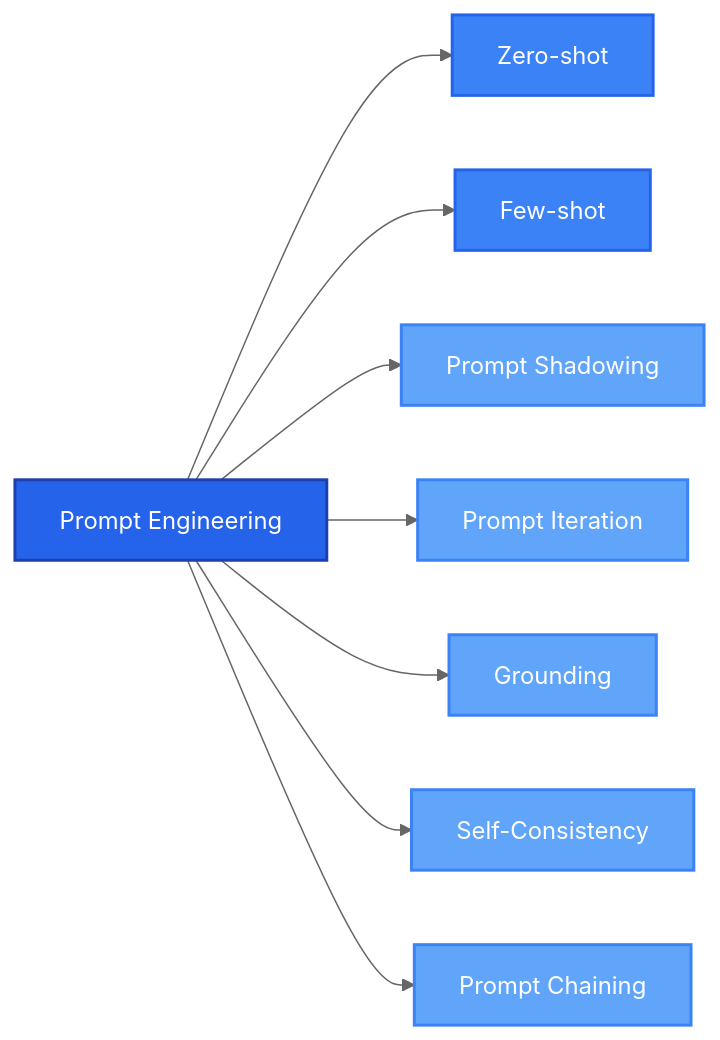
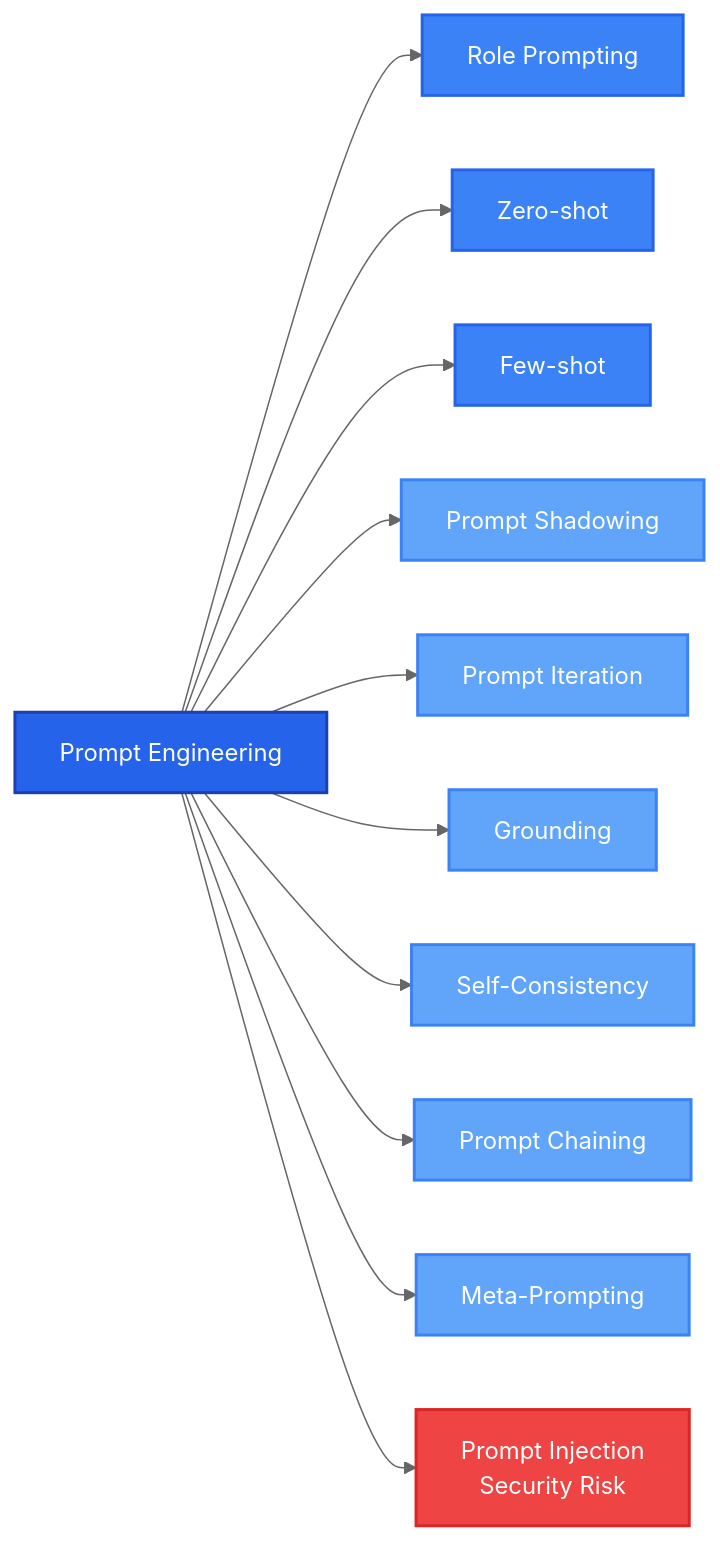
Before and after one commit to cifuentescossio/ai-learning-notes: the first of 4 diagrams in 01-concepts/AI-Prompt-Engineering.md, drawn with Mermaid (neutral theme). The commit also changed other lines of this file and 3 other files, not shown here.

First line of the commit message:
Add graph configuration and update workspace for Obsidian

````diff
--- a/01-concepts/AI-Prompt-Engineering.md
+++ b/01-concepts/AI-Prompt-Engineering.md
@@ -9,19 +9,25 @@
 ```mermaid
 graph LR
-    A[Prompt Engineering] --> B[Zero-shot]
-    A --> C[Few-shot]
-    A --> D[Prompt Shadowing]
-    A --> E[Prompt Iteration]
-    A --> F[Grounding]
-    A --> G[Self-Consistency]
-    A --> H[Prompt Chaining]
+    A[Prompt Engineering] --> B[Role Prompting]
+    A --> C[Zero-shot]
+    A --> D[Few-shot]
+    A --> E[Prompt Shadowing]
+    A --> F[Prompt Iteration]
+    A --> G[Grounding]
+    A --> H[Self-Consistency]
+    A --> I[Prompt Chaining]
+    A --> J[Meta-Prompting]
+    A --> K[Prompt Injection<br/>Security Risk]
     
     style A fill:#2563eb,stroke:#1e40af,stroke-width:2px,color:#fff
     style B fill:#3b82f6,stroke:#2563eb,stroke-width:2px,color:#fff
     style C fill:#3b82f6,stroke:#2563eb,stroke-width:2px,color:#fff
-    style D fill:#60a5fa,stroke:#3b82f6,stroke-width:2px,color:#fff
+    style D fill:#3b82f6,stroke:#2563eb,stroke-width:2px,color:#fff
     style E fill:#60a5fa,stroke:#3b82f6,stroke-width:2px,color:#fff
     style F fill:#60a5fa,stroke:#3b82f6,stroke-width:2px,color:#fff
     style G fill:#60a5fa,stroke:#3b82f6,stroke-width:2px,color:#fff
     style H fill:#60a5fa,stroke:#3b82f6,stroke-width:2px,color:#fff
+    style I fill:#60a5fa,stroke:#3b82f6,stroke-width:2px,color:#fff
+    style J fill:#60a5fa,stroke:#3b82f6,stroke-width:2px,color:#fff
+    style K fill:#ef4444,stroke:#dc2626,stroke-width:2px,color:#fff
 ```
````
